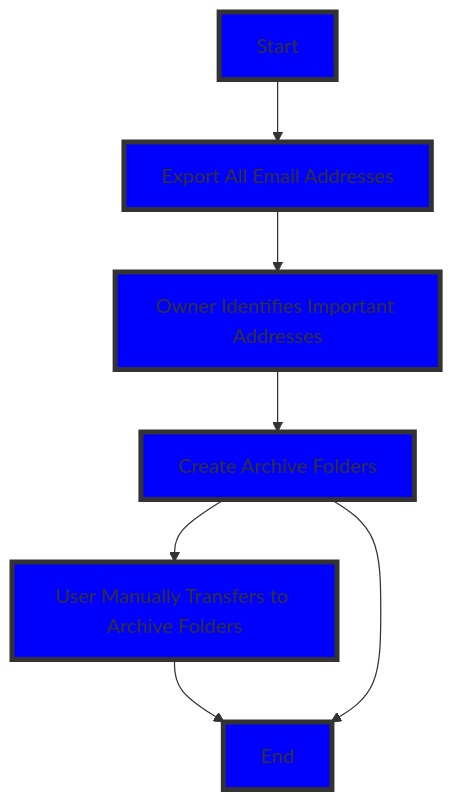
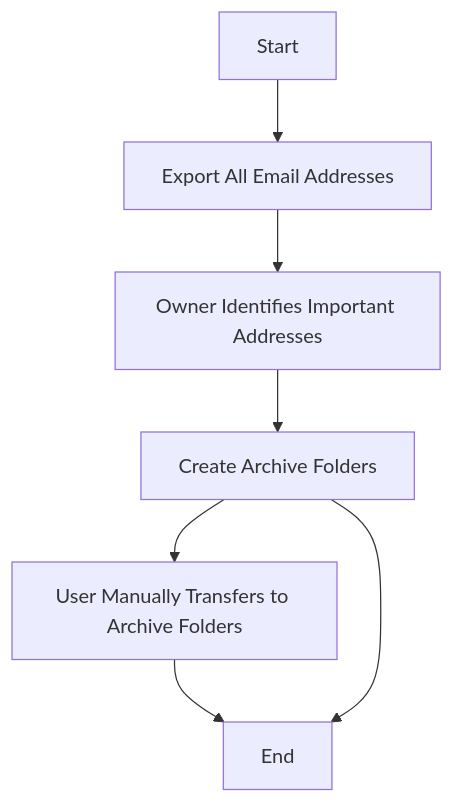
Before and after one commit to delpropo/email_archive: the second of 4 diagrams in README.md, drawn with Mermaid. The commit also changed other lines of this file, not shown here.

````diff
--- a/README.md
+++ b/README.md
@@ -33,13 +34,11 @@
 ```mermaid
 flowchart TD
     A[Start] --> B[Export All Email Addresses]
     B --> C[Owner Identifies Important Addresses]
     C --> D[Create Archive Folders]
     D --> F[User Manually Transfers to Archive Folders]
     F --> E[End]
     D --> E[End]
 
-    classDef step fill:#00f,stroke:#333,stroke-width:4px;
 
-    class A,B,C,D,E,F step;
 ```
````
